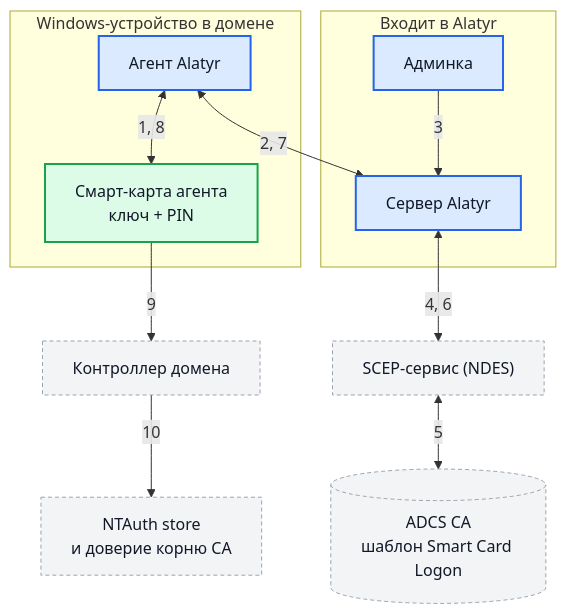
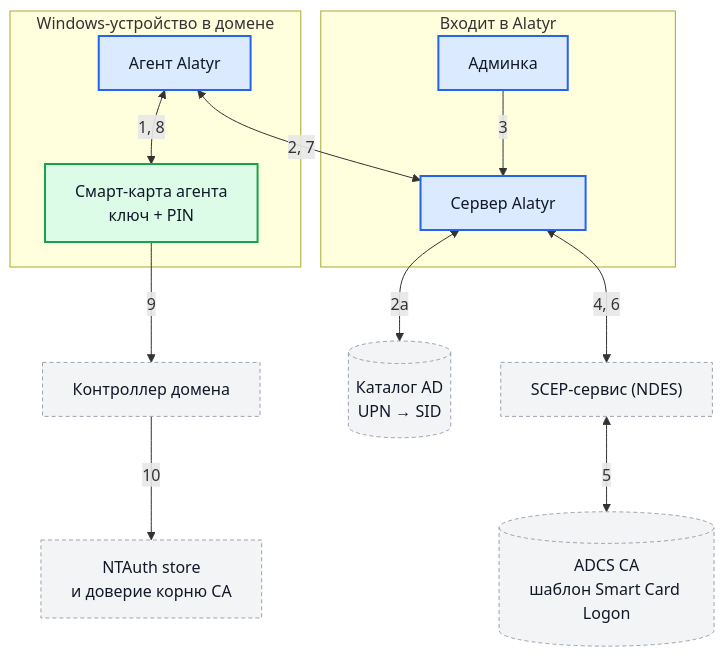
The fifth of 9 diagrams in docs/use-cases.md (s3m4rgl/alatyr-docs), drawn with Mermaid before and after one commit. The commit also changed other lines of this file and 13 other files, not shown here.

First line of the commit message:
Вход по карте: откуда берутся UPN и SID

````diff
--- a/docs/use-cases.md
+++ b/docs/use-cases.md
@@ -325,32 +325,34 @@
 ```mermaid
 flowchart TD
     subgraph DeviceBox["Windows-устройство в домене"]
         Agent["Агент Alatyr"]
         VSC["Смарт-карта агента<br/>ключ + PIN"]
     end
 
     subgraph AlatyrBox["Входит в Alatyr"]
         Admin["Админка"]
         Server["Сервер Alatyr"]
     end
 
     NDES["SCEP-сервис (NDES)"]
+    LDAP[("Каталог AD<br/>UPN → SID")]
     ADCS[("ADCS CA<br/>шаблон Smart Card Logon")]
     DC["Контроллер домена"]
     Trust["NTAuth store<br/>и доверие корню CA"]
 
     Agent <--> |"1, 8"| VSC
     Agent <--> |"2, 7"| Server
+    Server <--> |"2а"| LDAP
     Admin --> |"3"| Server
     Server <--> |"4, 6"| NDES
     NDES <--> |"5"| ADCS
     VSC --> |"9"| DC
     DC --> |"10"| Trust
 
     classDef alatyr fill:#dbeafe,stroke:#2563eb,stroke-width:2px,color:#111827
     classDef external fill:#f3f4f6,stroke:#9ca3af,stroke-width:1px,stroke-dasharray: 4 3,color:#111827
     classDef device fill:#dcfce7,stroke:#16a34a,stroke-width:2px,color:#111827
     class Agent,Server,Admin alatyr
-    class NDES,ADCS,DC,Trust external
+    class NDES,ADCS,DC,Trust,LDAP external
     class VSC device
 ```
````
